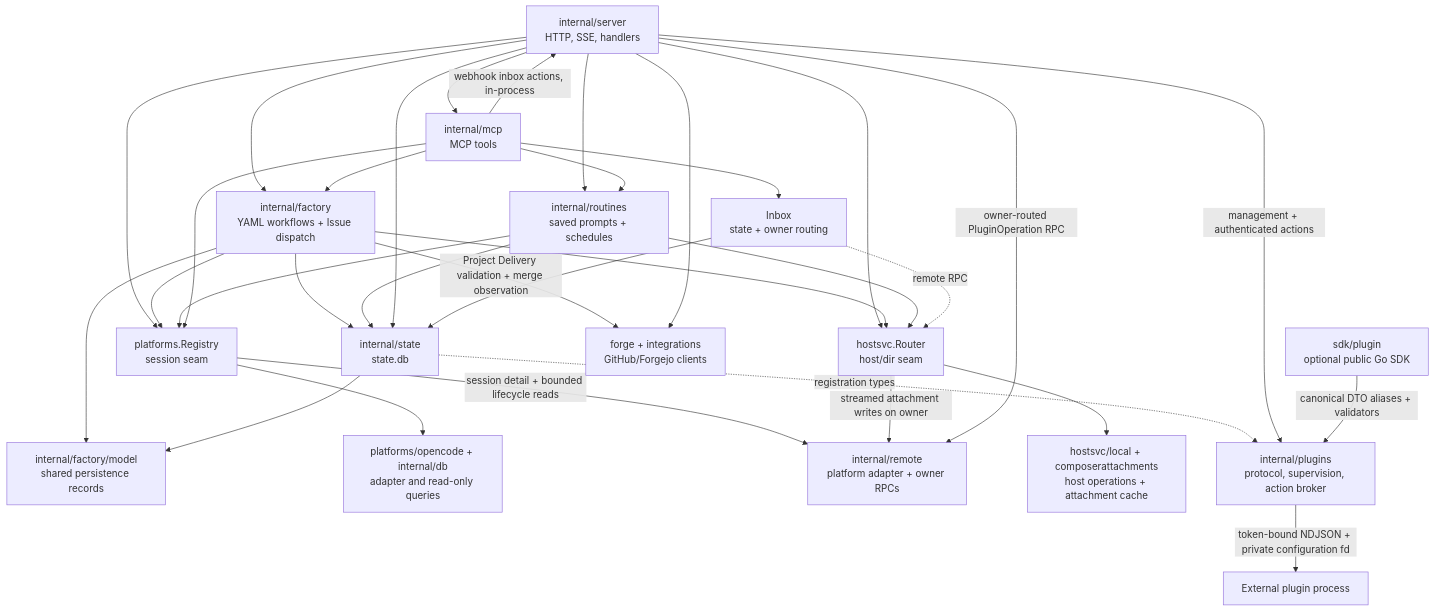
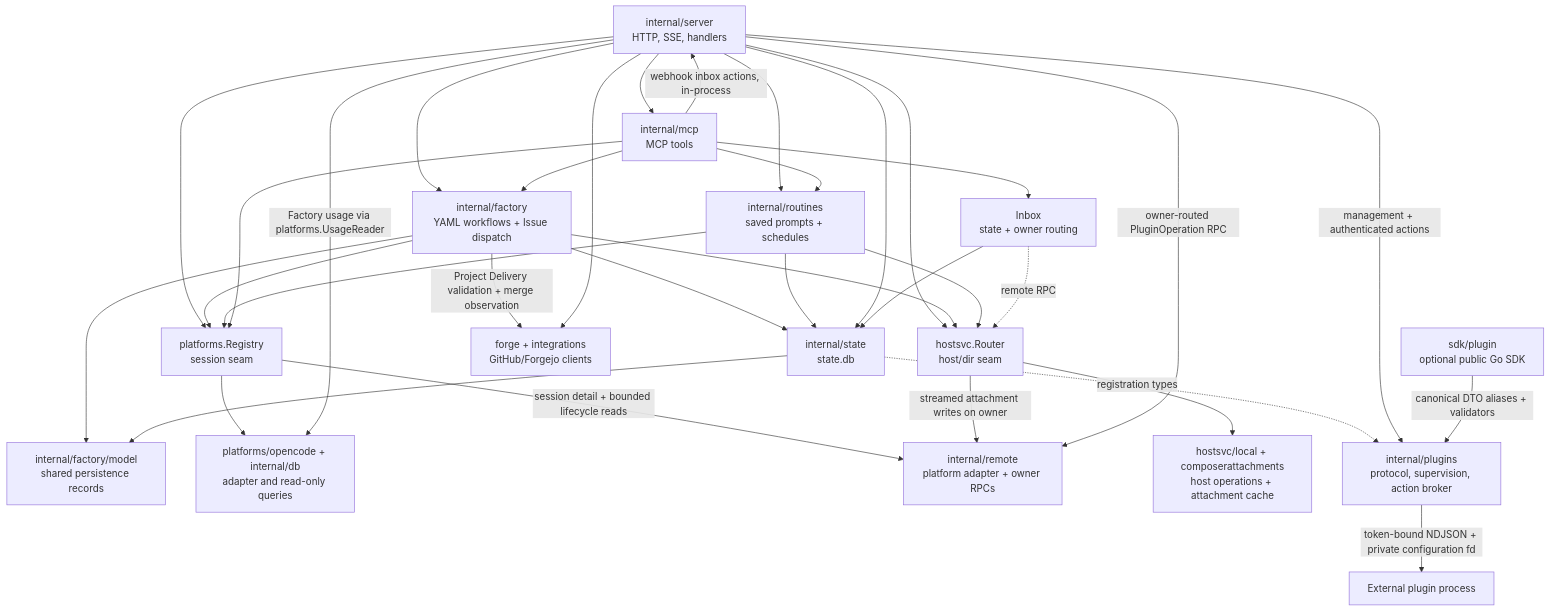
Before and after one commit to ocman/ocman: the third of 5 diagrams in docs/other/architecture.md, drawn with Mermaid. The commit also changed other lines of this file and 17 other files, not shown here.

Commit message:
feat(factory): show cost and token usage by epic and attempt

````diff
--- a/docs/other/architecture.md
+++ b/docs/other/architecture.md
@@ -140,35 +140,36 @@
 ```mermaid
 flowchart TD
     Server[internal/server<br/>HTTP, SSE, handlers] --> Registry[platforms.Registry<br/>session seam]
     Server --> Router[hostsvc.Router<br/>host/dir seam]
     Server --> Routines[internal/routines<br/>saved prompts + schedules]
     Server --> Factory[internal/factory<br/>YAML workflows + Issue dispatch]
     Factory --> FactoryModel[internal/factory/model<br/>shared persistence records]
     Factory --> State
     State --> FactoryModel
     Factory --> Registry
     Factory --> Router
     Factory -->|Project Delivery validation + merge observation| Forge
     Routines --> Registry
     Routines --> Router
     Routines --> State
     Server --> MCP[internal/mcp<br/>MCP tools]
     MCP --> Factory
     MCP --> Inbox[Inbox<br/>state + owner routing]
     MCP --> Routines
     MCP -->|webhook inbox actions, in-process| Server
     MCP --> Registry
     Registry --> OC[platforms/opencode + internal/db<br/>adapter and read-only queries]
+    Server -->|Factory usage via platforms.UsageReader| OC
     Registry -->|session detail + bounded lifecycle reads| RP[internal/remote<br/>platform adapter + owner RPCs]
     Router --> Local[hostsvc/local + composerattachments<br/>host operations + attachment cache]
     Router -->|streamed attachment writes on owner| RP
     Server --> State[internal/state<br/>state.db]
     Inbox --> State
     Inbox -.->|remote RPC| Router
     Server --> Forge[forge + integrations<br/>GitHub/Forgejo clients]
     State -.->|registration types| Plugins[internal/plugins<br/>protocol, supervision, action broker]
     Server -->|management + authenticated actions| Plugins
     Plugins -->|token-bound NDJSON + private configuration fd| PluginExec[External plugin process]
     Server -->|owner-routed PluginOperation RPC| RP
     PluginSDK[sdk/plugin<br/>optional public Go SDK] -->|canonical DTO aliases + validators| Plugins
 ```
````
